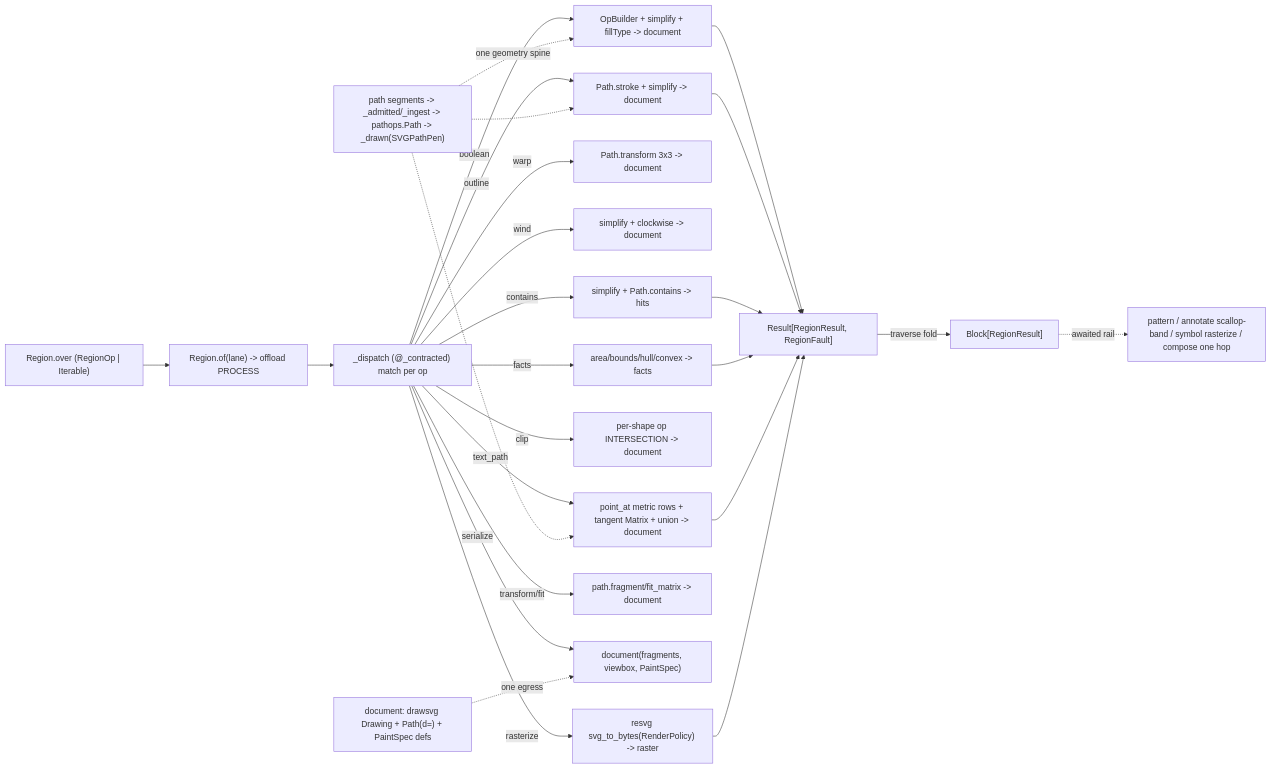
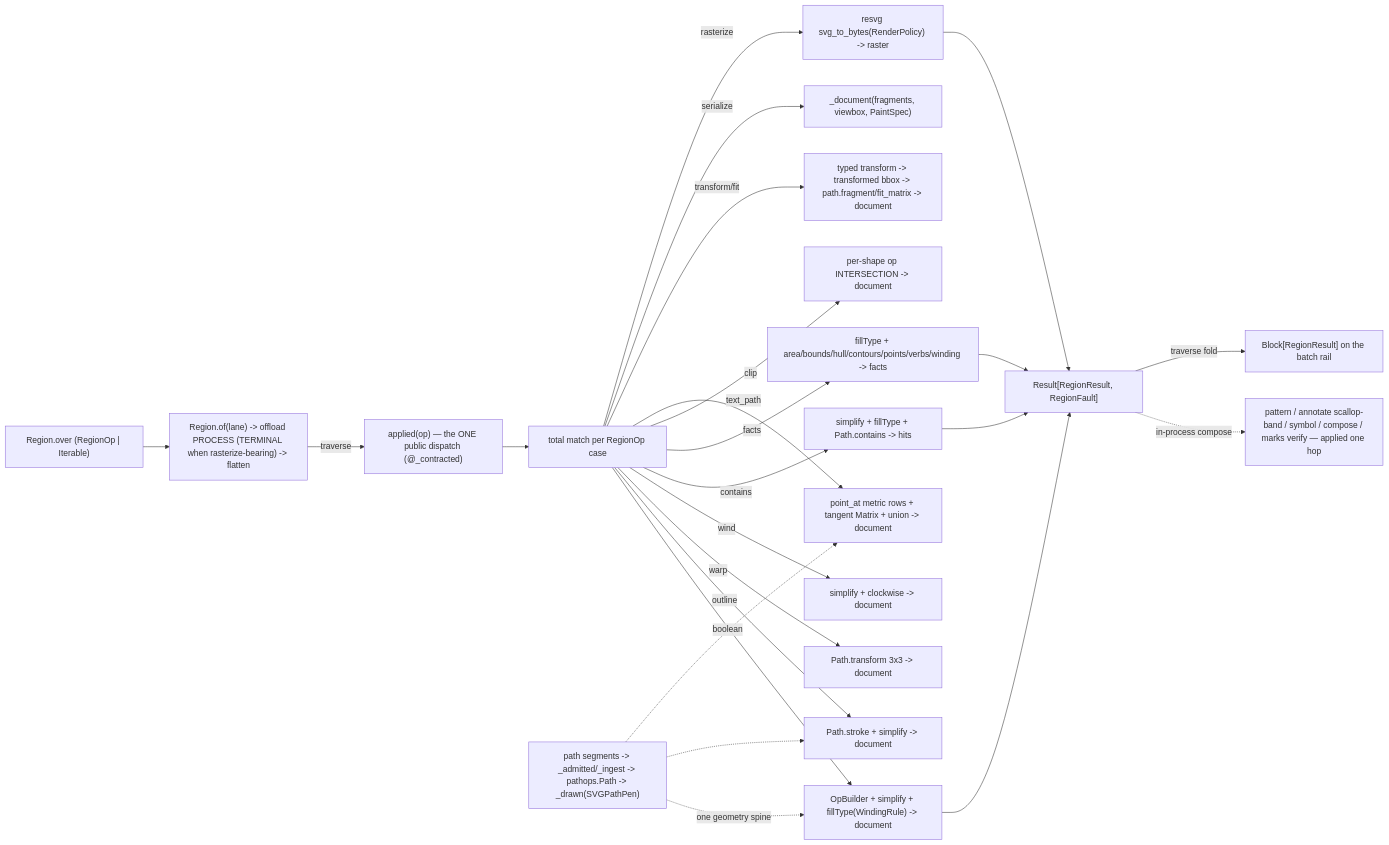
Before and after one commit to bsamiee/Rasm: the diagram in libs/python/artifacts/.planning/graphic/vector/region.md, drawn with Mermaid. The commit also changed other lines of this file and 143 other files, not shown here.

````diff
--- a/libs/python/artifacts/.planning/graphic/vector/region.md
+++ b/libs/python/artifacts/.planning/graphic/vector/region.md
@@ -612,28 +680,26 @@
 ```mermaid
 flowchart LR
-    Over["Region.over (RegionOp | Iterable)"] --> Of["Region.of(lane) -> offload PROCESS"]
-    Of --> Disp["_dispatch (@_contracted) match per op"]
-    Disp -->|boolean| Bl["OpBuilder + simplify + fillType -> document"]
+    Applied["applied(op) — the ONE public dispatch (@_contracted)"] --> Disp["total match per RegionOp case"]
+    Over["Region.over (RegionOp | Iterable)"] --> Of["Region.of(lane) -> offload PROCESS (TERMINAL when rasterize-bearing) -> flatten"]
+    Of -->|traverse| Applied
+    Disp -->|boolean| Bl["OpBuilder + simplify + fillType(WindingRule) -> document"]
     Disp -->|outline| Ol["Path.stroke + simplify -> document"]
     Disp -->|warp| Wp["Path.transform 3x3 -> document"]
     Disp -->|wind| Wd["simplify + clockwise -> document"]
-    Disp -->|contains| Ct["simplify + Path.contains -> hits"]
-    Disp -->|facts| Fc["area/bounds/hull/convex -> facts"]
+    Disp -->|contains| Ct["simplify + fillType + Path.contains -> hits"]
+    Disp -->|facts| Fc["fillType + area/bounds/hull/contours/points/verbs/winding -> facts"]
     Disp -->|clip| Cl["per-shape op INTERSECTION -> document"]
     Disp -->|text_path| Tp["point_at metric rows + tangent Matrix + union -> document"]
-    Disp -->|transform/fit| Tf["path.fragment/fit_matrix -> document"]
-    Disp -->|serialize| Sr["document(fragments, viewbox, PaintSpec)"]
+    Disp -->|transform/fit| Tf["typed transform -> transformed bbox -> path.fragment/fit_matrix -> document"]
+    Disp -->|serialize| Sr["_document(fragments, viewbox, PaintSpec)"]
     Disp -->|rasterize| Rz["resvg svg_to_bytes(RenderPolicy) -> raster"]
     Spine["path segments -> _admitted/_ingest -> pathops.Path -> _drawn(SVGPathPen)"] -.->|one geometry spine| Bl
     Spine -.-> Ol
     Spine -.-> Tp
-    Doc["document: drawsvg Drawing + Path(d=) + PaintSpec defs"] -.->|one egress| Sr
     Bl --> Result["Result[RegionResult, RegionFault]"]
-    Ol --> Result
     Ct --> Result
     Fc --> Result
-    Tp --> Result
     Rz --> Result
-    Result -->|traverse fold| Block["Block[RegionResult]"]
-    Block -.->|awaited rail| Consumers["pattern / annotate scallop-band / symbol rasterize / compose one hop"]
+    Result -.->|"in-process compose"| Consumers["pattern / annotate scallop-band / symbol / compose / marks verify — applied one hop"]
+    Result -->|traverse fold| Block["Block[RegionResult] on the batch rail"]
 ```
````
